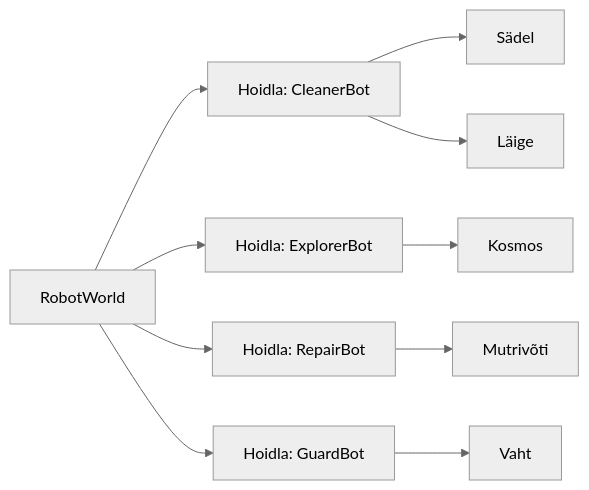
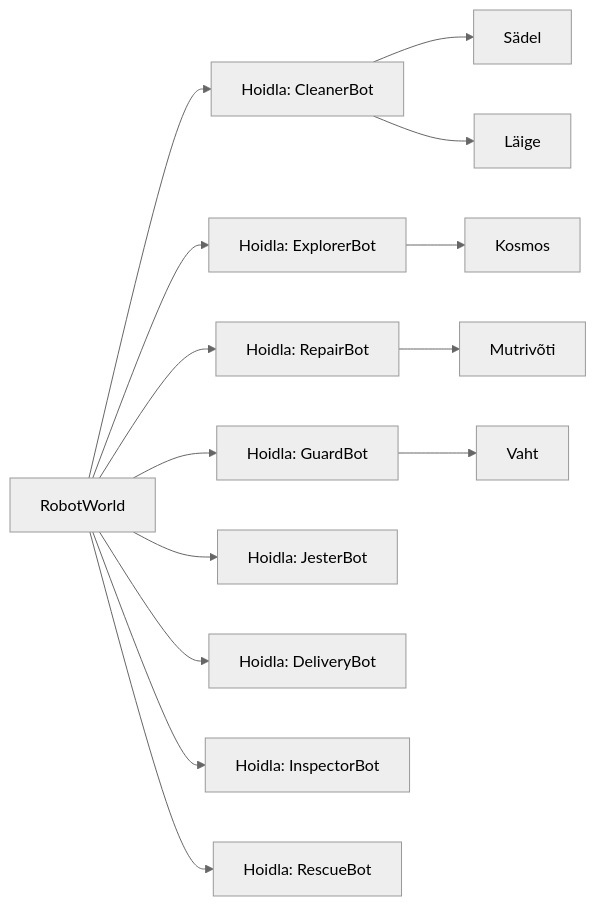
Before and after one commit to mkotkov/RobotPlanet: the second of 4 diagrams in README.md, drawn with Mermaid (neutral theme). The commit also changed other lines of this file and 3 other files, not shown here.

````diff
--- a/README.md
+++ b/README.md
@@ -225,12 +252,16 @@
 ```mermaid
 flowchart LR
     W[RobotWorld] --> C["Hoidla: CleanerBot"]
     W --> E["Hoidla: ExplorerBot"]
     W --> R["Hoidla: RepairBot"]
     W --> G["Hoidla: GuardBot"]
+    W --> J["Hoidla: JesterBot"]
+    W --> D["Hoidla: DeliveryBot"]
+    W --> I["Hoidla: InspectorBot"]
+    W --> RS["Hoidla: RescueBot"]
     C --> C1[Sädel]
     C --> C2[Läige]
     E --> E1[Kosmos]
     R --> R1[Mutrivõti]
     G --> G1[Vaht]
 ```
````
